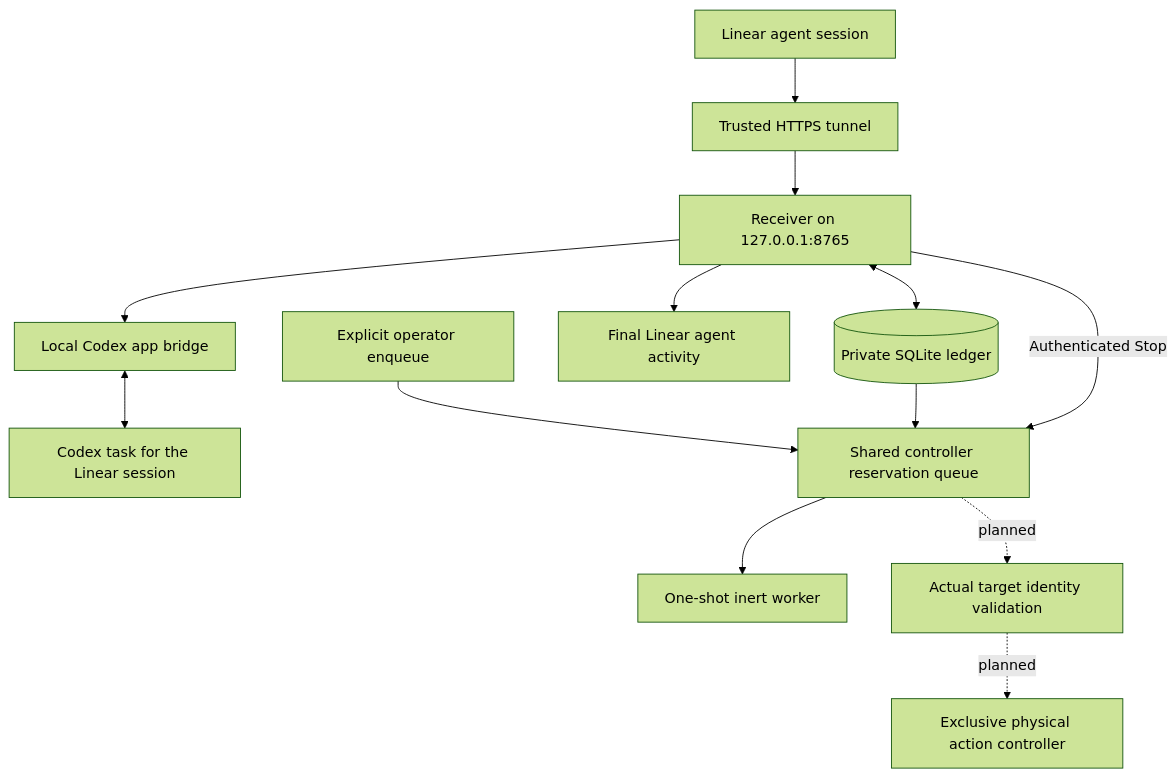
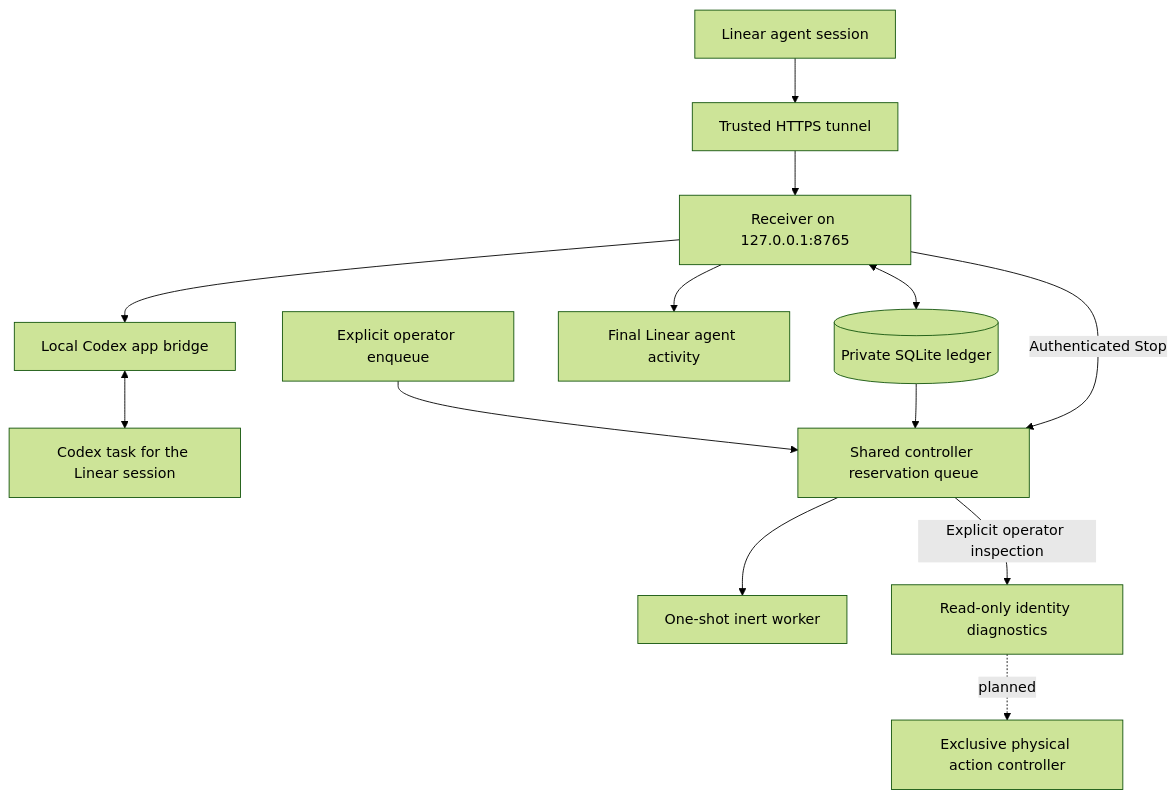
One commit to Kuaiwa-Network/FarmTestAgent changed the diagram in docs/farmqa-architecture.md. Above: the diagram before and after it, drawn with Mermaid (forest theme). The commit also changed other lines of this file and 13 other files, not shown here.

Commit message:
feat: record read-only per-request Unity identity diagnostics

````diff
--- a/docs/farmqa-architecture.md
+++ b/docs/farmqa-architecture.md
@@ -24,15 +25,15 @@
 ```mermaid
 flowchart TD
     L[Linear agent session] --> H[Trusted HTTPS tunnel]
     H --> R[Receiver on 127.0.0.1:8765]
     R <--> D[(Private SQLite ledger)]
     R --> B[Local Codex app bridge]
     B <--> C[Codex task for the Linear session]
     R --> A[Final Linear agent activity]
     O[Explicit operator enqueue] --> Q[Shared controller reservation queue]
     D --> Q
     Q --> W[One-shot inert worker]
     R -->|Authenticated Stop| Q
-    Q -. planned .-> V[Actual target identity validation]
+    Q -->|Explicit operator inspection| V[Read-only identity diagnostics]
     V -. planned .-> G[Exclusive physical action controller]
 ```
````
